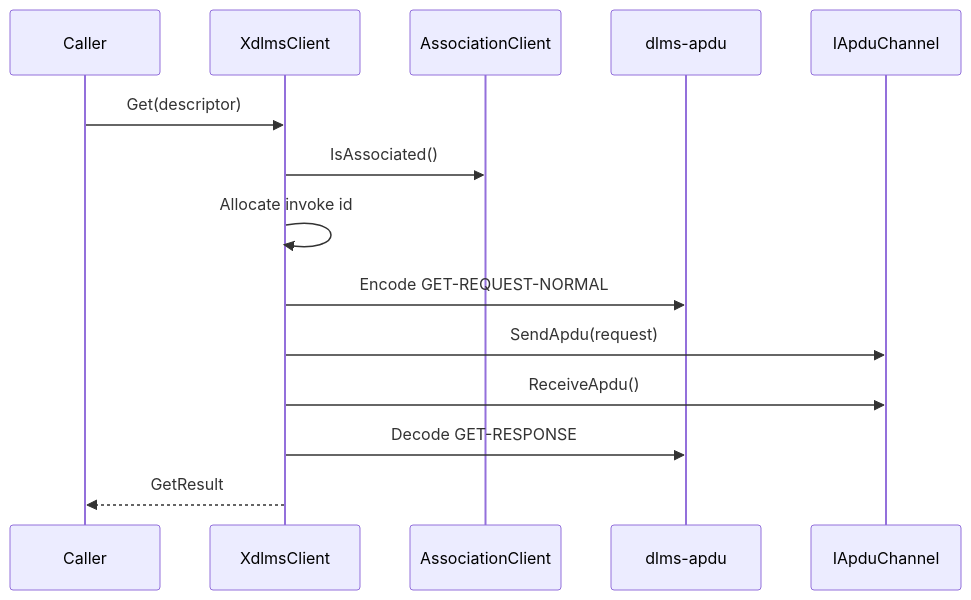
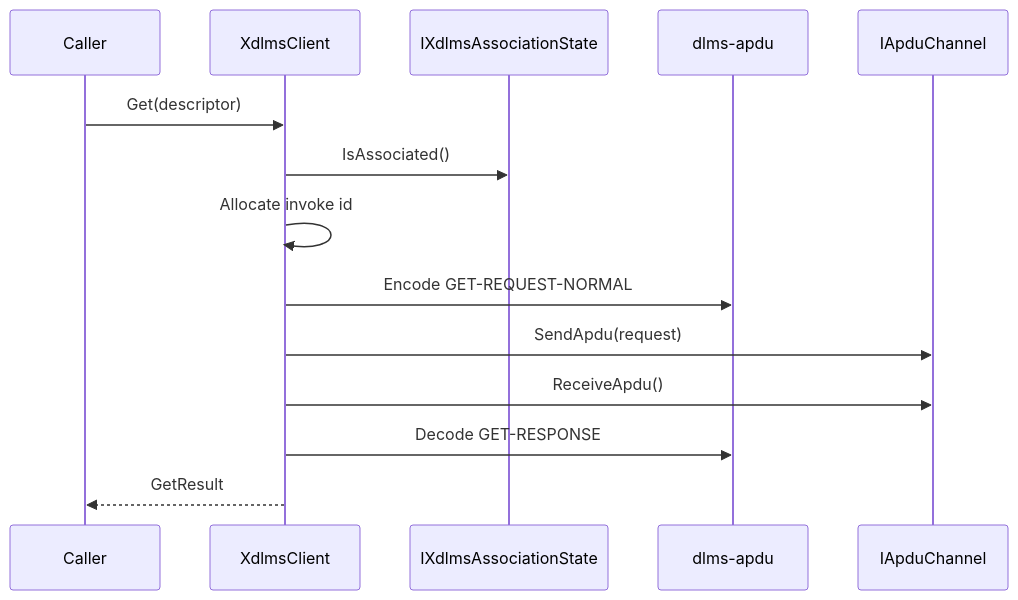
Before and after one commit to gvtret/dlms-xdlms: the second of 14 diagrams in docs/architecture.md, drawn with Mermaid. The commit also changed other lines of this file and 10 other files, not shown here.

````diff
--- a/docs/architecture.md
+++ b/docs/architecture.md
@@ -25,17 +25,17 @@
 ```mermaid
 sequenceDiagram
   participant App as Caller
   participant Client as XdlmsClient
-  participant Assoc as AssociationClient
+  participant Assoc as IXdlmsAssociationState
   participant Apdu as dlms-apdu
   participant Channel as IApduChannel
 
   App->>Client: Get(descriptor)
   Client->>Assoc: IsAssociated()
   Client->>Client: Allocate invoke id
   Client->>Apdu: Encode GET-REQUEST-NORMAL
   Client->>Channel: SendApdu(request)
   Client->>Channel: ReceiveApdu()
   Client->>Apdu: Decode GET-RESPONSE
   Client-->>App: GetResult
 ```
````
